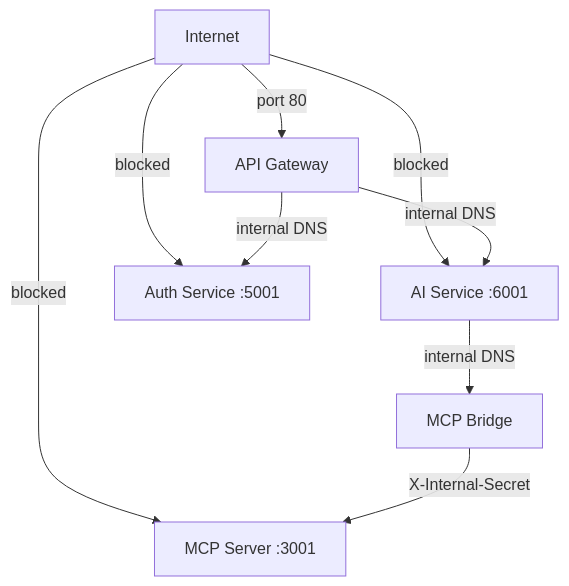
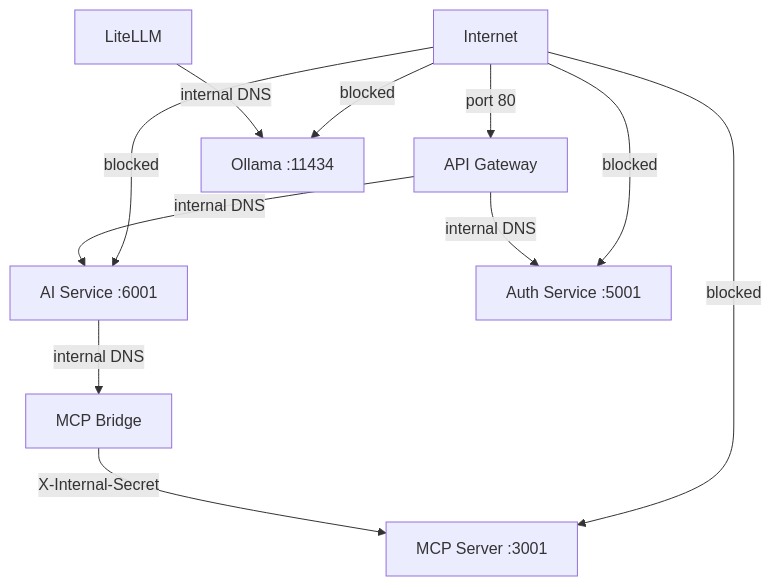
Before and after one commit to impie0/dattobrain: the first of 2 diagrams in DattoLLM-main/docs/security/Network Isolation.md, drawn with Mermaid. The commit also changed other lines of this file and 50 other files, not shown here.

````diff
--- a/DattoLLM-main/docs/security/Network Isolation.md
+++ b/DattoLLM-main/docs/security/Network Isolation.md
@@ -31,11 +31,13 @@
 ```mermaid
 flowchart TD
     Internet -->|"port 80"| APISIX["API Gateway"]
     Internet -->|"blocked"| MCP["MCP Server :3001"]
     Internet -->|"blocked"| AI["AI Service :6001"]
     Internet -->|"blocked"| Auth["Auth Service :5001"]
+    Internet -->|"blocked"| Ollama["Ollama :11434"]
     Bridge["MCP Bridge"] -->|"X-Internal-Secret"| MCP
     AI -->|"internal DNS"| Bridge
+    LiteLLM -->|"internal DNS"| Ollama
     APISIX -->|"internal DNS"| Auth
     APISIX -->|"internal DNS"| AI
 ```
````
